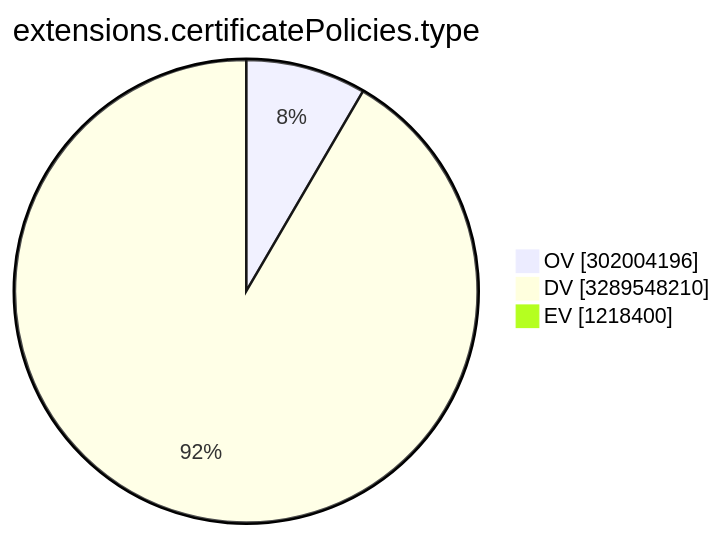
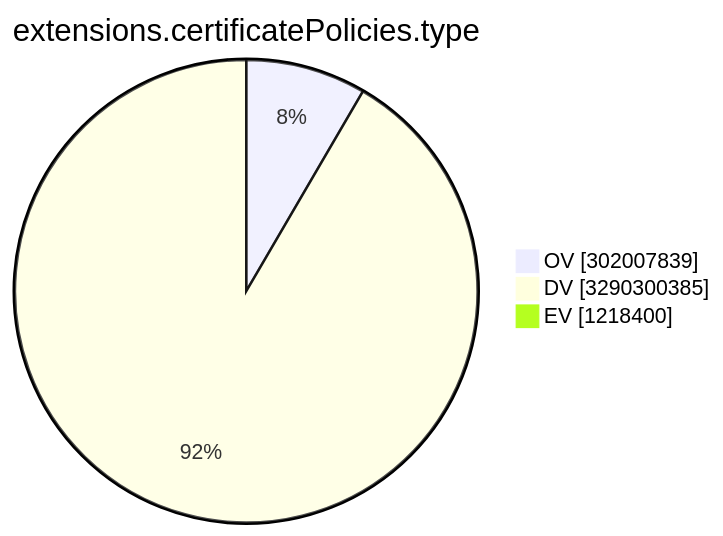
The ninth of 15 diagrams in TOTAL/README.md (christiankrug/ctmonitor_visualization), drawn with Mermaid before and after one commit. The commit also changed other lines of this file, not shown here.

````diff
--- a/TOTAL/README.md
+++ b/TOTAL/README.md
@@ -3107,7 +3107,7 @@
 ```mermaid
 pie showData
 title extensions.certificatePolicies.type
-"OV" :302004196
-"DV" :3289548210
+"OV" :302007839
+"DV" :3290300385
 "EV" :1218400
 ```
````
